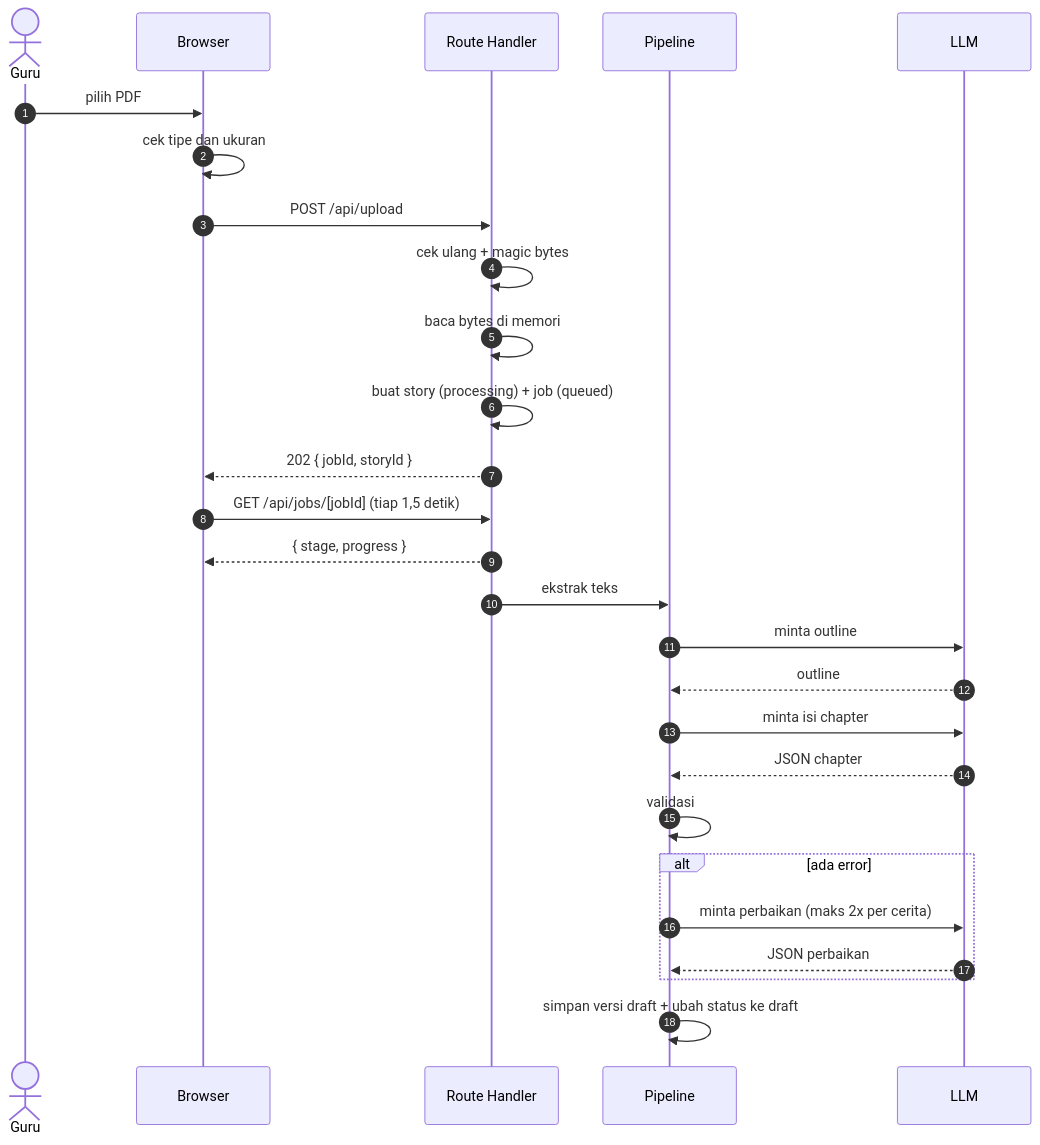
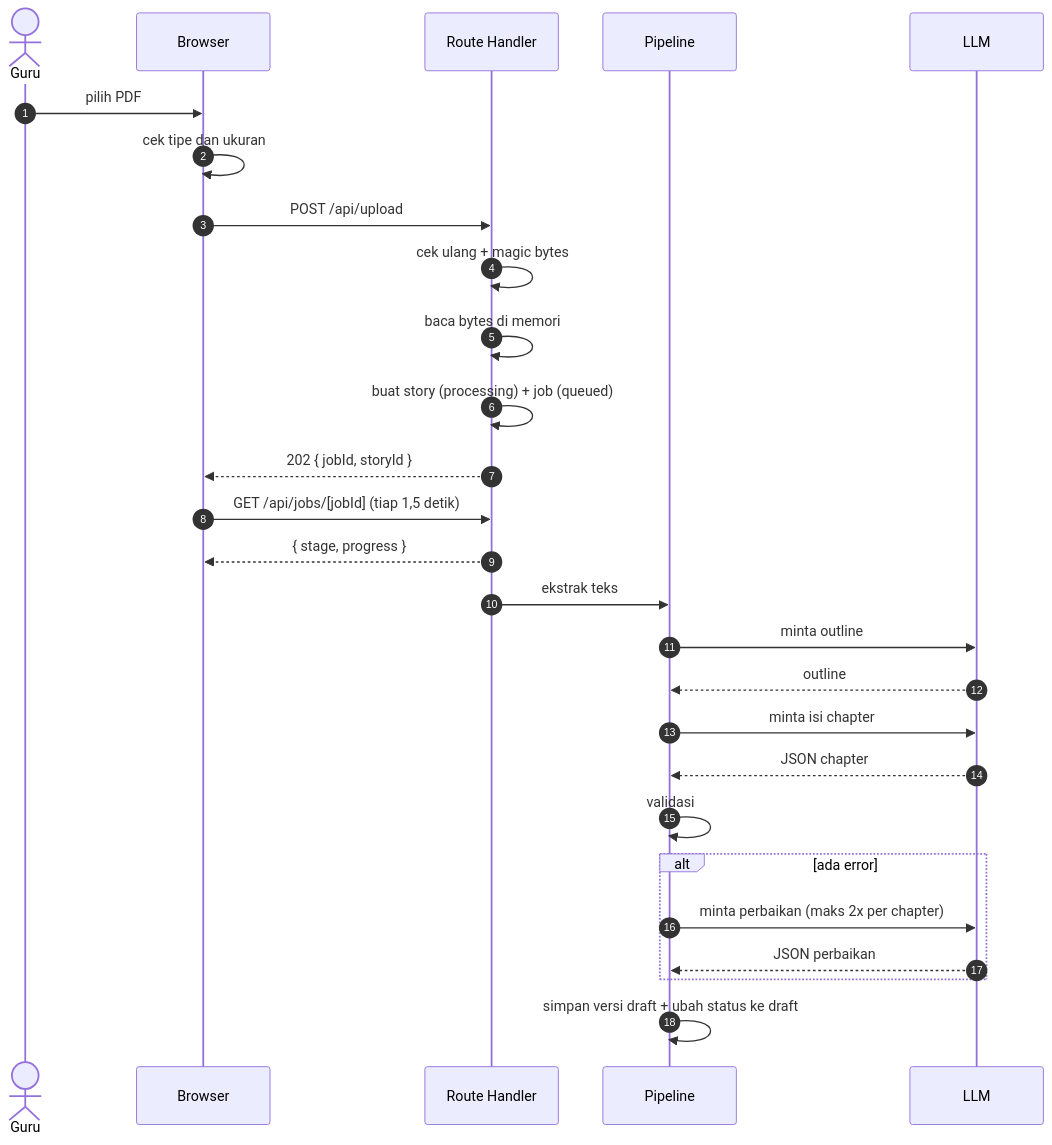
The first of 4 diagrams in docs/01-architecture/data-flow.md (justeita/ClassQuest), drawn with Mermaid before and after one commit. The commit also changed other lines of this file and 2 other files, not shown here.

Commit message:
fix: resolve CI issues on prompt tests and docs

````diff
--- a/docs/01-architecture/data-flow.md
+++ b/docs/01-architecture/data-flow.md
@@ -32,30 +32,30 @@
 ```mermaid
 sequenceDiagram
     autonumber
     actor G as Guru
     participant C as Browser
     participant R as Route Handler
     participant P as Pipeline
     participant L as LLM
 
     G->>C: pilih PDF
     C->>C: cek tipe dan ukuran
     C->>R: POST /api/upload
     R->>R: cek ulang + magic bytes
     R->>R: baca bytes di memori
     R->>R: buat story (processing) + job (queued)
     R-->>C: 202 { jobId, storyId }
     C->>R: GET /api/jobs/[jobId] (tiap 1,5 detik)
     R-->>C: { stage, progress }
     R->>P: ekstrak teks
     P->>L: minta outline
     L-->>P: outline
     P->>L: minta isi chapter
     L-->>P: JSON chapter
     P->>P: validasi
     alt ada error
-        P->>L: minta perbaikan (maks 2x per cerita)
+        P->>L: minta perbaikan (maks 2x per chapter)
         L-->>P: JSON perbaikan
     end
     P->>P: simpan versi draft + ubah status ke draft
 ```
````
